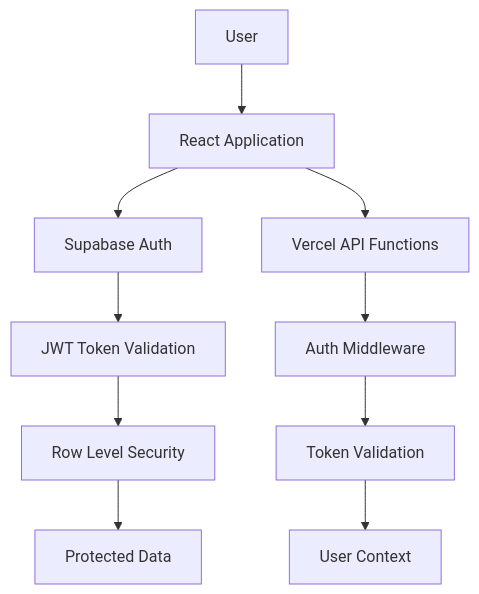
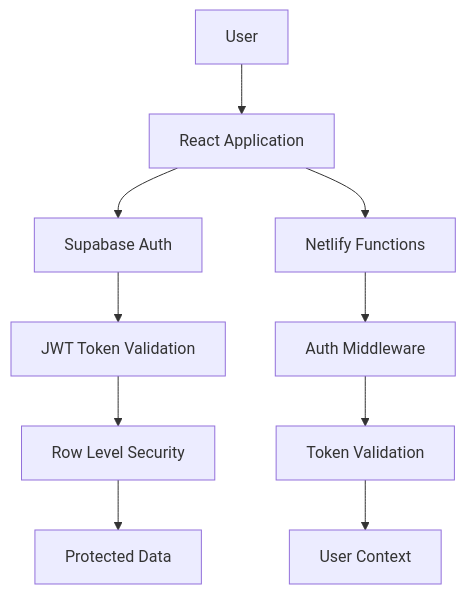
Before and after one commit to alex-pcode/chicken-farm-management: the diagram in docs/architecture/security-architecture.md, drawn with Mermaid. The commit also changed other lines of this file and 10 other files, not shown here.

First line of the commit message:
docs: update architecture documentation for Netlify migration

````diff
--- a/docs/architecture/security-architecture.md
+++ b/docs/architecture/security-architecture.md
@@ -44,13 +44,13 @@
 ```mermaid
 graph TB
     User[User] --> App[React Application]
     App --> Auth[Supabase Auth]
     Auth --> JWT[JWT Token Validation]
     JWT --> RLS[Row Level Security]
     RLS --> Data[Protected Data]
-    
-    App --> API[Vercel API Functions]
+
+    App --> API[Netlify Functions]
     API --> AuthMiddleware[Auth Middleware]
     AuthMiddleware --> TokenValidation[Token Validation]
     TokenValidation --> UserContext[User Context]
 ```
````
